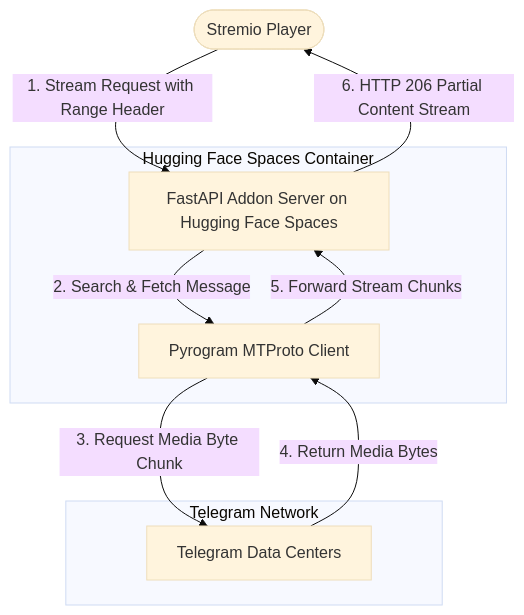
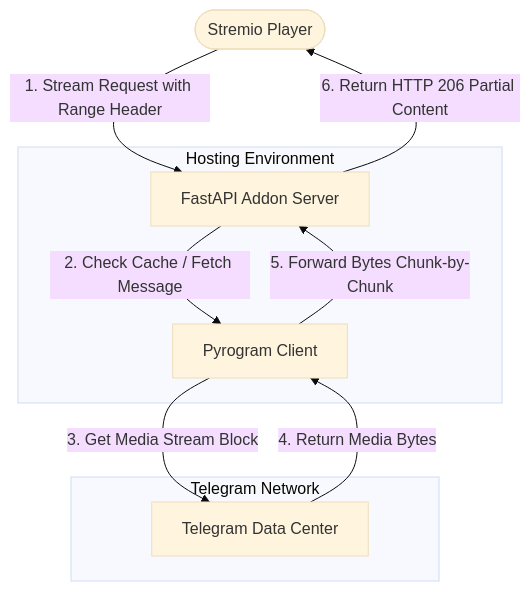
One commit to deep12323/telegram-stremio changed the diagram in README.md. Above: the diagram before and after it, drawn with Mermaid (base theme). The commit also changed other lines of this file and 4 other files, not shown here.

Commit message:
feat(search): make telegram catalog search opt-in via ENABLE_TELEGRAM_SEARCH

````diff
--- a/README.md
+++ b/README.md
@@ -217,18 +140,18 @@
 ```mermaid
 graph TD
-    User([Stremio Player]) -->|1. Stream Request with Range Header| Addon[FastAPI Addon Server on Hugging Face Spaces]
-    Addon -->|2. Search & Fetch Message| TGClient[Pyrogram MTProto Client]
-    TGClient -->|3. Request Media Byte Chunk| TGDC[Telegram Data Centers]
+    User([Stremio Player]) -->|1. Stream Request with Range Header| Addon[FastAPI Addon Server]
+    Addon -->|2. Check Cache / Fetch Message| TGClient[Pyrogram Client]
+    TGClient -->|3. Get Media Stream Block| TGDC[Telegram Data Center]
     TGDC -->|4. Return Media Bytes| TGClient
-    TGClient -->|5. Forward Stream Chunks| Addon
-    Addon -->|6. HTTP 206 Partial Content Stream| User
+    TGClient -->|5. Forward Bytes Chunk-by-Chunk| Addon
+    Addon -->|6. Return HTTP 206 Partial Content| User
     
-    subgraph Hugging Face Spaces Container
+    subgraph Hosting Environment
         Addon
         TGClient
     end
     
     subgraph Telegram Network
         TGDC
     end
 ```
````
